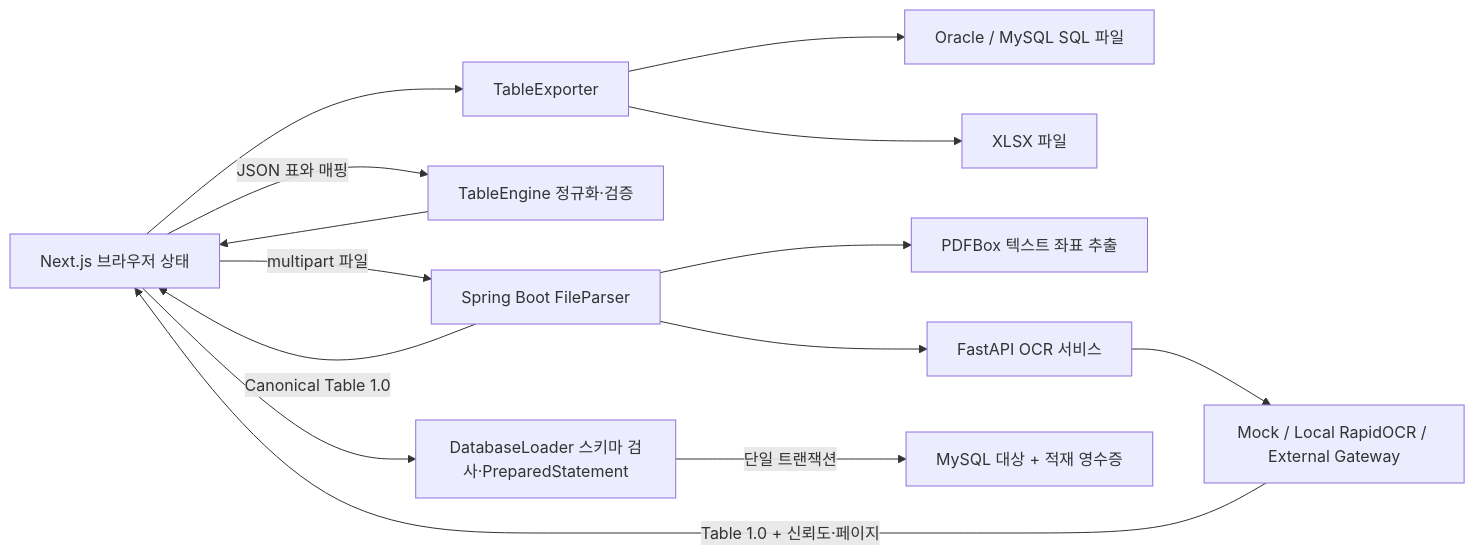
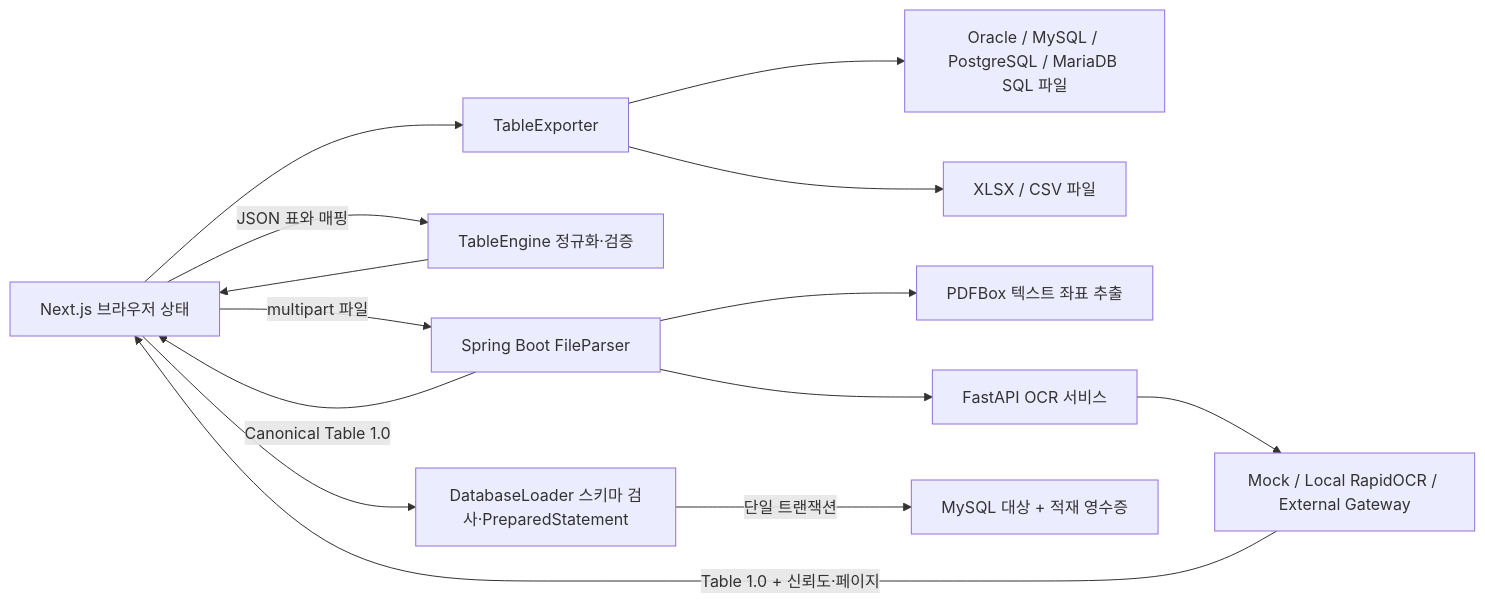
Before and after one commit to orca305/TableFlow: the diagram in docs/architecture.md, drawn with Mermaid. The commit also changed other lines of this file and 51 other files, not shown here.

````diff
--- a/docs/architecture.md
+++ b/docs/architecture.md
@@ -3,16 +3,16 @@
 ```mermaid
 flowchart LR
     U[Next.js 브라우저 상태] -->|multipart 파일| P[Spring Boot FileParser]
     P -->|Canonical Table 1.0| U
     U -->|JSON 표와 매핑| T[TableEngine 정규화·검증]
     T --> U
     U --> E[TableExporter]
-    E --> S[Oracle / MySQL SQL 파일]
-    E --> X[XLSX 파일]
+    E --> S[Oracle / MySQL / PostgreSQL / MariaDB SQL 파일]
+    E --> X[XLSX / CSV 파일]
     P --> D[PDFBox 텍스트 좌표 추출]
     P --> O[FastAPI OCR 서비스]
     O --> M[Mock / Local RapidOCR / External Gateway]
     M -->|Table 1.0 + 신뢰도·페이지| U
     U --> L[DatabaseLoader 스키마 검사·PreparedStatement]
     L -->|단일 트랜잭션| DB[MySQL 대상 + 적재 영수증]
 ```
````
